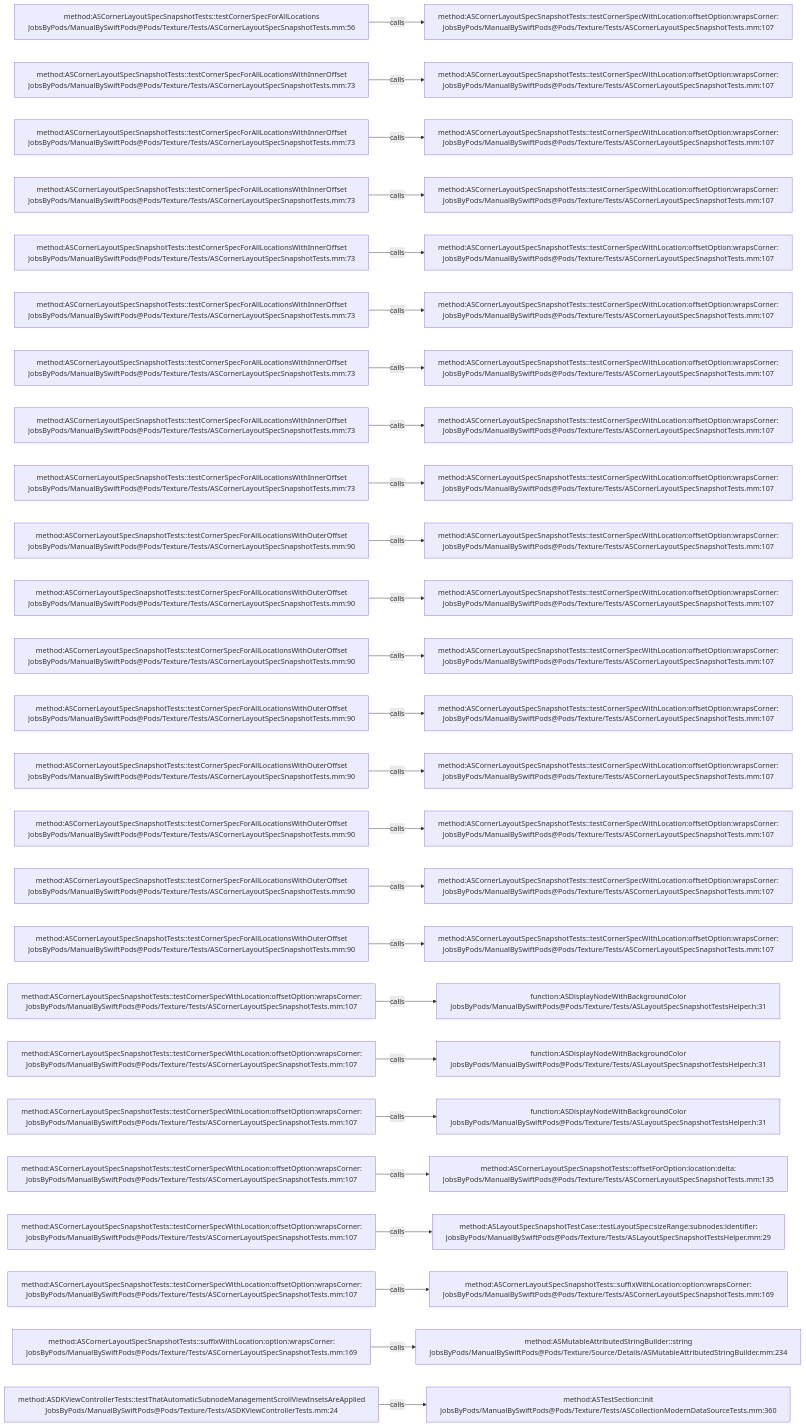
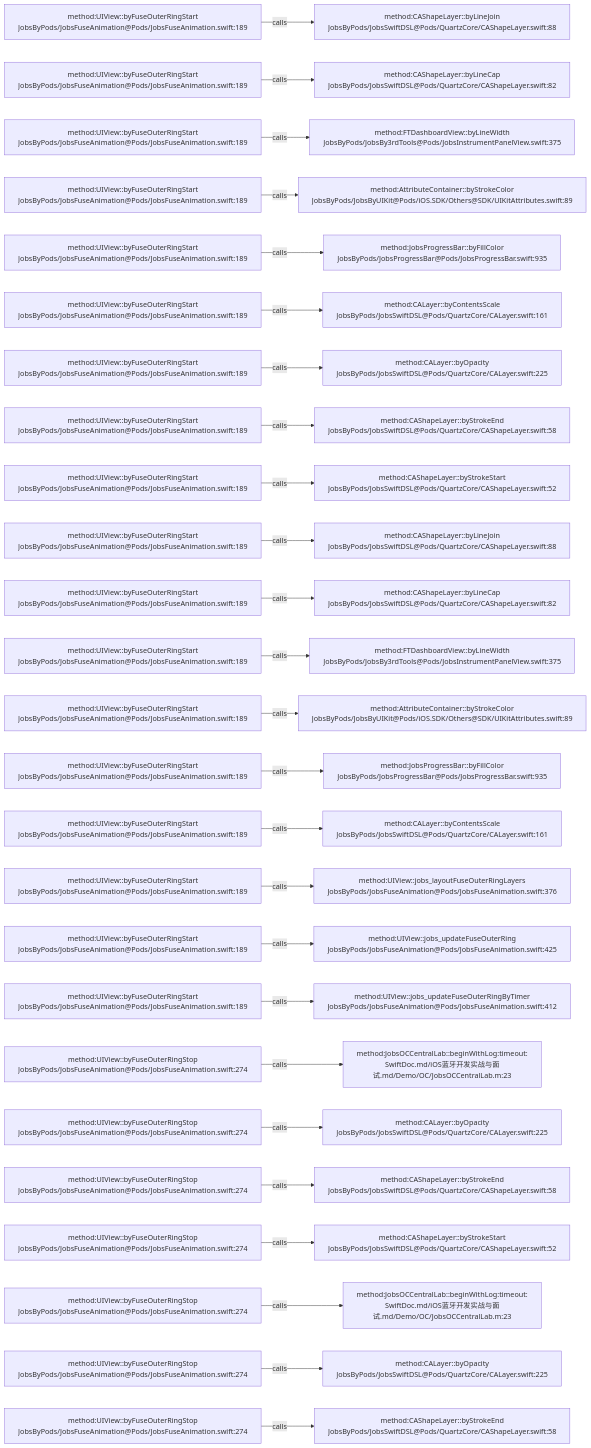
The diagram in .codegraph/codegraph.md/graphs/calls-177.md (JobsKits/JobsSwiftBaseConfigDemo), drawn with Mermaid before and after one commit. The commit also changed 224 other files, not shown here.

````diff
--- a/.codegraph/codegraph.md/graphs/calls-177.md
+++ b/.codegraph/codegraph.md/graphs/calls-177.md
@@ -13,78 +13,78 @@
 ```mermaid
 flowchart LR
-  S1["method:ASCornerLayoutSpecSnapshotTests::testCornerSpecForAllLocations<br/>JobsByPods/ManualBySwiftPods@Pods/Texture/Tests/ASCornerLayoutSpecSnapshotTests.mm:56"]
-  T1["method:ASCornerLayoutSpecSnapshotTests::testCornerSpecWithLocation:offsetOption:wrapsCorner:<br/>JobsByPods/ManualBySwiftPods@Pods/Texture/Tests/ASCornerLayoutSpecSnapshotTests.mm:107"]
+  S1["method:UIView::byFuseOuterRingStart<br/>JobsByPods/JobsFuseAnimation@Pods/JobsFuseAnimation.swift:189"]
+  T1["method:CAShapeLayer::byLineJoin<br/>JobsByPods/JobsSwiftDSL@Pods/QuartzCore/CAShapeLayer.swift:88"]
   S1 -->|calls| T1
-  S2["method:ASCornerLayoutSpecSnapshotTests::testCornerSpecForAllLocationsWithInnerOffset<br/>JobsByPods/ManualBySwiftPods@Pods/Texture/Tests/ASCornerLayoutSpecSnapshotTests.mm:73"]
-  T2["method:ASCornerLayoutSpecSnapshotTests::testCornerSpecWithLocation:offsetOption:wrapsCorner:<br/>JobsByPods/ManualBySwiftPods@Pods/Texture/Tests/ASCornerLayoutSpecSnapshotTests.mm:107"]
+  S2["method:UIView::byFuseOuterRingStart<br/>JobsByPods/JobsFuseAnimation@Pods/JobsFuseAnimation.swift:189"]
+  T2["method:CAShapeLayer::byLineCap<br/>JobsByPods/JobsSwiftDSL@Pods/QuartzCore/CAShapeLayer.swift:82"]
   S2 -->|calls| T2
-  S3["method:ASCornerLayoutSpecSnapshotTests::testCornerSpecForAllLocationsWithInnerOffset<br/>JobsByPods/ManualBySwiftPods@Pods/Texture/Tests/ASCornerLayoutSpecSnapshotTests.mm:73"]
-  T3["method:ASCornerLayoutSpecSnapshotTests::testCornerSpecWithLocation:offsetOption:wrapsCorner:<br/>JobsByPods/ManualBySwiftPods@Pods/Texture/Tests/ASCornerLayoutSpecSnapshotTests.mm:107"]
+  S3["method:UIView::byFuseOuterRingStart<br/>JobsByPods/JobsFuseAnimation@Pods/JobsFuseAnimation.swift:189"]
+  T3["method:FTDashboardView::byLineWidth<br/>JobsByPods/JobsBy3rdTools@Pods/JobsInstrumentPanelView.swift:375"]
   S3 -->|calls| T3
-  S4["method:ASCornerLayoutSpecSnapshotTests::testCornerSpecForAllLocationsWithInnerOffset<br/>JobsByPods/ManualBySwiftPods@Pods/Texture/Tests/ASCornerLayoutSpecSnapshotTests.mm:73"]
-  T4["method:ASCornerLayoutSpecSnapshotTests::testCornerSpecWithLocation:offsetOption:wrapsCorner:<br/>JobsByPods/ManualBySwiftPods@Pods/Texture/Tests/ASCornerLayoutSpecSnapshotTests.mm:107"]
+  S4["method:UIView::byFuseOuterRingStart<br/>JobsByPods/JobsFuseAnimation@Pods/JobsFuseAnimation.swift:189"]
+  T4["method:AttributeContainer::byStrokeColor<br/>JobsByPods/JobsByUIKit@Pods/iOS.SDK/Others@SDK/UIKitAttributes.swift:89"]
   S4 -->|calls| T4
-  S5["method:ASCornerLayoutSpecSnapshotTests::testCornerSpecForAllLocationsWithInnerOffset<br/>JobsByPods/ManualBySwiftPods@Pods/Texture/Tests/ASCornerLayoutSpecSnapshotTests.mm:73"]
-  T5["method:ASCornerLayoutSpecSnapshotTests::testCornerSpecWithLocation:offsetOption:wrapsCorner:<br/>JobsByPods/ManualBySwiftPods@Pods/Texture/Tests/ASCornerLayoutSpecSnapshotTests.mm:107"]
+  S5["method:UIView::byFuseOuterRingStart<br/>JobsByPods/JobsFuseAnimation@Pods/JobsFuseAnimation.swift:189"]
+  T5["method:JobsProgressBar::byFillColor<br/>JobsByPods/JobsProgressBar@Pods/JobsProgressBar.swift:935"]
   S5 -->|calls| T5
-  S6["method:ASCornerLayoutSpecSnapshotTests::testCornerSpecForAllLocationsWithInnerOffset<br/>JobsByPods/ManualBySwiftPods@Pods/Texture/Tests/ASCornerLayoutSpecSnapshotTests.mm:73"]
-  T6["method:ASCornerLayoutSpecSnapshotTests::testCornerSpecWithLocation:offsetOption:wrapsCorner:<br/>JobsByPods/ManualBySwiftPods@Pods/Texture/Tests/ASCornerLayoutSpecSnapshotTests.mm:107"]
+  S6["method:UIView::byFuseOuterRingStart<br/>JobsByPods/JobsFuseAnimation@Pods/JobsFuseAnimation.swift:189"]
+  T6["method:CALayer::byContentsScale<br/>JobsByPods/JobsSwiftDSL@Pods/QuartzCore/CALayer.swift:161"]
   S6 -->|calls| T6
-  S7["method:ASCornerLayoutSpecSnapshotTests::testCornerSpecForAllLocationsWithInnerOffset<br/>JobsByPods/ManualBySwiftPods@Pods/Texture/Tests/ASCornerLayoutSpecSnapshotTests.mm:73"]
-  T7["method:ASCornerLayoutSpecSnapshotTests::testCornerSpecWithLocation:offsetOption:wrapsCorner:<br/>JobsByPods/ManualBySwiftPods@Pods/Texture/Tests/ASCornerLayoutSpecSnapshotTests.mm:107"]
+  S7["method:UIView::byFuseOuterRingStart<br/>JobsByPods/JobsFuseAnimation@Pods/JobsFuseAnimation.swift:189"]
+  T7["method:CALayer::byOpacity<br/>JobsByPods/JobsSwiftDSL@Pods/QuartzCore/CALayer.swift:225"]
   S7 -->|calls| T7
-  S8["method:ASCornerLayoutSpecSnapshotTests::testCornerSpecForAllLocationsWithInnerOffset<br/>JobsByPods/ManualBySwiftPods@Pods/Texture/Tests/ASCornerLayoutSpecSnapshotTests.mm:73"]
-  T8["method:ASCornerLayoutSpecSnapshotTests::testCornerSpecWithLocation:offsetOption:wrapsCorner:<br/>JobsByPods/ManualBySwiftPods@Pods/Texture/Tests/ASCornerLayoutSpecSnapshotTests.mm:107"]
+  S8["method:UIView::byFuseOuterRingStart<br/>JobsByPods/JobsFuseAnimation@Pods/JobsFuseAnimation.swift:189"]
+  T8["method:CAShapeLayer::byStrokeEnd<br/>JobsByPods/JobsSwiftDSL@Pods/QuartzCore/CAShapeLayer.swift:58"]
   S8 -->|calls| T8
-  S9["method:ASCornerLayoutSpecSnapshotTests::testCornerSpecForAllLocationsWithInnerOffset<br/>JobsByPods/ManualBySwiftPods@Pods/Texture/Tests/ASCornerLayoutSpecSnapshotTests.mm:73"]
-  T9["method:ASCornerLayoutSpecSnapshotTests::testCornerSpecWithLocation:offsetOption:wrapsCorner:<br/>JobsByPods/ManualBySwiftPods@Pods/Texture/Tests/ASCornerLayoutSpecSnapshotTests.mm:107"]
+  S9["method:UIView::byFuseOuterRingStart<br/>JobsByPods/JobsFuseAnimation@Pods/JobsFuseAnimation.swift:189"]
+  T9["method:CAShapeLayer::byStrokeStart<br/>JobsByPods/JobsSwiftDSL@Pods/QuartzCore/CAShapeLayer.swift:52"]
   S9 -->|calls| T9
-  S10["method:ASCornerLayoutSpecSnapshotTests::testCornerSpecForAllLocationsWithOuterOffset<br/>JobsByPods/ManualBySwiftPods@Pods/Texture/Tests/ASCornerLayoutSpecSnapshotTests.mm:90"]
-  T10["method:ASCornerLayoutSpecSnapshotTests::testCornerSpecWithLocation:offsetOption:wrapsCorner:<br/>JobsByPods/ManualBySwiftPods@Pods/Texture/Tests/ASCornerLayoutSpecSnapshotTests.mm:107"]
+  S10["method:UIView::byFuseOuterRingStart<br/>JobsByPods/JobsFuseAnimation@Pods/JobsFuseAnimation.swift:189"]
+  T10["method:CAShapeLayer::byLineJoin<br/>JobsByPods/JobsSwiftDSL@Pods/QuartzCore/CAShapeLayer.swift:88"]
   S10 -->|calls| T10
-  S11["method:ASCornerLayoutSpecSnapshotTests::testCornerSpecForAllLocationsWithOuterOffset<br/>JobsByPods/ManualBySwiftPods@Pods/Texture/Tests/ASCornerLayoutSpecSnapshotTests.mm:90"]
-  T11["method:ASCornerLayoutSpecSnapshotTests::testCornerSpecWithLocation:offsetOption:wrapsCorner:<br/>JobsByPods/ManualBySwiftPods@Pods/Texture/Tests/ASCornerLayoutSpecSnapshotTests.mm:107"]
+  S11["method:UIView::byFuseOuterRingStart<br/>JobsByPods/JobsFuseAnimation@Pods/JobsFuseAnimation.swift:189"]
+  T11["method:CAShapeLayer::byLineCap<br/>JobsByPods/JobsSwiftDSL@Pods/QuartzCore/CAShapeLayer.swift:82"]
   S11 -->|calls| T11
-  S12["method:ASCornerLayoutSpecSnapshotTests::testCornerSpecForAllLocationsWithOuterOffset<br/>JobsByPods/ManualBySwiftPods@Pods/Texture/Tests/ASCornerLayoutSpecSnapshotTests.mm:90"]
-  T12["method:ASCornerLayoutSpecSnapshotTests::testCornerSpecWithLocation:offsetOption:wrapsCorner:<br/>JobsByPods/ManualBySwiftPods@Pods/Texture/Tests/ASCornerLayoutSpecSnapshotTests.mm:107"]
+  S12["method:UIView::byFuseOuterRingStart<br/>JobsByPods/JobsFuseAnimation@Pods/JobsFuseAnimation.swift:189"]
+  T12["method:FTDashboardView::byLineWidth<br/>JobsByPods/JobsBy3rdTools@Pods/JobsInstrumentPanelView.swift:375"]
   S12 -->|calls| T12
-  S13["method:ASCornerLayoutSpecSnapshotTests::testCornerSpecForAllLocationsWithOuterOffset<br/>JobsByPods/ManualBySwiftPods@Pods/Texture/Tests/ASCornerLayoutSpecSnapshotTests.mm:90"]
-  T13["method:ASCornerLayoutSpecSnapshotTests::testCornerSpecWithLocation:offsetOption:wrapsCorner:<br/>JobsByPods/ManualBySwiftPods@Pods/Texture/Tests/ASCornerLayoutSpecSnapshotTests.mm:107"]
+  S13["method:UIView::byFuseOuterRingStart<br/>JobsByPods/JobsFuseAnimation@Pods/JobsFuseAnimation.swift:189"]
+  T13["method:AttributeContainer::byStrokeColor<br/>JobsByPods/JobsByUIKit@Pods/iOS.SDK/Others@SDK/UIKitAttributes.swift:89"]
   S13 -->|calls| T13
-  S14["method:ASCornerLayoutSpecSnapshotTests::testCornerSpecForAllLocationsWithOuterOffset<br/>JobsByPods/ManualBySwiftPods@Pods/Texture/Tests/ASCornerLayoutSpecSnapshotTests.mm:90"]
-  T14["method:ASCornerLayoutSpecSnapshotTests::testCornerSpecWithLocation:offsetOption:wrapsCorner:<br/>JobsByPods/ManualBySwiftPods@Pods/Texture/Tests/ASCornerLayoutSpecSnapshotTests.mm:107"]
+  S14["method:UIView::byFuseOuterRingStart<br/>JobsByPods/JobsFuseAnimation@Pods/JobsFuseAnimation.swift:189"]
+  T14["method:JobsProgressBar::byFillColor<br/>JobsByPods/JobsProgressBar@Pods/JobsProgressBar.swift:935"]
   S14 -->|calls| T14
-  S15["method:ASCornerLayoutSpecSnapshotTests::testCornerSpecForAllLocationsWithOuterOffset<br/>JobsByPods/ManualBySwiftPods@Pods/Texture/Tests/ASCornerLayoutSpecSnapshotTests.mm:90"]
-  T15["method:ASCornerLayoutSpecSnapshotTests::testCornerSpecWithLocation:offsetOption:wrapsCorner:<br/>JobsByPods/ManualBySwiftPods@Pods/Texture/Tests/ASCornerLayoutSpecSnapshotTests.mm:107"]
+  S15["method:UIView::byFuseOuterRingStart<br/>JobsByPods/JobsFuseAnimation@Pods/JobsFuseAnimation.swift:189"]
+  T15["method:CALayer::byContentsScale<br/>JobsByPods/JobsSwiftDSL@Pods/QuartzCore/CALayer.swift:161"]
   S15 -->|calls| T15
-  S16["method:ASCornerLayoutSpecSnapshotTests::testCornerSpecForAllLocationsWithOuterOffset<br/>JobsByPods/ManualBySwiftPods@Pods/Texture/Tests/ASCornerLayoutSpecSnapshotTests.mm:90"]
-  T16["method:ASCornerLayoutSpecSnapshotTests::testCornerSpecWithLocation:offsetOption:wrapsCorner:<br/>JobsByPods/ManualBySwiftPods@Pods/Texture/Tests/ASCornerLayoutSpecSnapshotTests.mm:107"]
+  S16["method:UIView::byFuseOuterRingStart<br/>JobsByPods/JobsFuseAnimation@Pods/JobsFuseAnimation.swift:189"]
+  T16["method:UIView::jobs_layoutFuseOuterRingLayers<br/>JobsByPods/JobsFuseAnimation@Pods/JobsFuseAnimation.swift:376"]
   S16 -->|calls| T16
-  S17["method:ASCornerLayoutSpecSnapshotTests::testCornerSpecForAllLocationsWithOuterOffset<br/>JobsByPods/ManualBySwiftPods@Pods/Texture/Tests/ASCornerLayoutSpecSnapshotTests.mm:90"]
-  T17["method:ASCornerLayoutSpecSnapshotTests::testCornerSpecWithLocation:offsetOption:wrapsCorner:<br/>JobsByPods/ManualBySwiftPods@Pods/Texture/Tests/ASCornerLayoutSpecSnapshotTests.mm:107"]
+  S17["method:UIView::byFuseOuterRingStart<br/>JobsByPods/JobsFuseAnimation@Pods/JobsFuseAnimation.swift:189"]
+  T17["method:UIView::jobs_updateFuseOuterRing<br/>JobsByPods/JobsFuseAnimation@Pods/JobsFuseAnimation.swift:425"]
   S17 -->|calls| T17
-  S18["method:ASCornerLayoutSpecSnapshotTests::testCornerSpecWithLocation:offsetOption:wrapsCorner:<br/>JobsByPods/ManualBySwiftPods@Pods/Texture/Tests/ASCornerLayoutSpecSnapshotTests.mm:107"]
-  T18["function:ASDisplayNodeWithBackgroundColor<br/>JobsByPods/ManualBySwiftPods@Pods/Texture/Tests/ASLayoutSpecSnapshotTestsHelper.h:31"]
+  S18["method:UIView::byFuseOuterRingStart<br/>JobsByPods/JobsFuseAnimation@Pods/JobsFuseAnimation.swift:189"]
+  T18["method:UIView::jobs_updateFuseOuterRingByTimer<br/>JobsByPods/JobsFuseAnimation@Pods/JobsFuseAnimation.swift:412"]
   S18 -->|calls| T18
-  S19["method:ASCornerLayoutSpecSnapshotTests::testCornerSpecWithLocation:offsetOption:wrapsCorner:<br/>JobsByPods/ManualBySwiftPods@Pods/Texture/Tests/ASCornerLayoutSpecSnapshotTests.mm:107"]
-  T19["function:ASDisplayNodeWithBackgroundColor<br/>JobsByPods/ManualBySwiftPods@Pods/Texture/Tests/ASLayoutSpecSnapshotTestsHelper.h:31"]
+  S19["method:UIView::byFuseOuterRingStop<br/>JobsByPods/JobsFuseAnimation@Pods/JobsFuseAnimation.swift:274"]
+  T19["method:JobsOCCentralLab::beginWithLog:timeout:<br/>SwiftDoc.md/iOS蓝牙开发实战与面试.md/Demo/OC/JobsOCCentralLab.m:23"]
   S19 -->|calls| T19
-  S20["method:ASCornerLayoutSpecSnapshotTests::testCornerSpecWithLocation:offsetOption:wrapsCorner:<br/>JobsByPods/ManualBySwiftPods@Pods/Texture/Tests/ASCornerLayoutSpecSnapshotTests.mm:107"]
-  T20["function:ASDisplayNodeWithBackgroundColor<br/>JobsByPods/ManualBySwiftPods@Pods/Texture/Tests/ASLayoutSpecSnapshotTestsHelper.h:31"]
+  S20["method:UIView::byFuseOuterRingStop<br/>JobsByPods/JobsFuseAnimation@Pods/JobsFuseAnimation.swift:274"]
+  T20["method:CALayer::byOpacity<br/>JobsByPods/JobsSwiftDSL@Pods/QuartzCore/CALayer.swift:225"]
   S20 -->|calls| T20
-  S21["method:ASCornerLayoutSpecSnapshotTests::testCornerSpecWithLocation:offsetOption:wrapsCorner:<br/>JobsByPods/ManualBySwiftPods@Pods/Texture/Tests/ASCornerLayoutSpecSnapshotTests.mm:107"]
-  T21["method:ASCornerLayoutSpecSnapshotTests::offsetForOption:location:delta:<br/>JobsByPods/ManualBySwiftPods@Pods/Texture/Tests/ASCornerLayoutSpecSnapshotTests.mm:135"]
+  S21["method:UIView::byFuseOuterRingStop<br/>JobsByPods/JobsFuseAnimation@Pods/JobsFuseAnimation.swift:274"]
+  T21["method:CAShapeLayer::byStrokeEnd<br/>JobsByPods/JobsSwiftDSL@Pods/QuartzCore/CAShapeLayer.swift:58"]
   S21 -->|calls| T21
-  S22["method:ASCornerLayoutSpecSnapshotTests::testCornerSpecWithLocation:offsetOption:wrapsCorner:<br/>JobsByPods/ManualBySwiftPods@Pods/Texture/Tests/ASCornerLayoutSpecSnapshotTests.mm:107"]
-  T22["method:ASLayoutSpecSnapshotTestCase::testLayoutSpec:sizeRange:subnodes:identifier:<br/>JobsByPods/ManualBySwiftPods@Pods/Texture/Tests/ASLayoutSpecSnapshotTestsHelper.mm:29"]
+  S22["method:UIView::byFuseOuterRingStop<br/>JobsByPods/JobsFuseAnimation@Pods/JobsFuseAnimation.swift:274"]
+  T22["method:CAShapeLayer::byStrokeStart<br/>JobsByPods/JobsSwiftDSL@Pods/QuartzCore/CAShapeLayer.swift:52"]
   S22 -->|calls| T22
-  S23["method:ASCornerLayoutSpecSnapshotTests::testCornerSpecWithLocation:offsetOption:wrapsCorner:<br/>JobsByPods/ManualBySwiftPods@Pods/Texture/Tests/ASCornerLayoutSpecSnapshotTests.mm:107"]
-  T23["method:ASCornerLayoutSpecSnapshotTests::suffixWithLocation:option:wrapsCorner:<br/>JobsByPods/ManualBySwiftPods@Pods/Texture/Tests/ASCornerLayoutSpecSnapshotTests.mm:169"]
+  S23["method:UIView::byFuseOuterRingStop<br/>JobsByPods/JobsFuseAnimation@Pods/JobsFuseAnimation.swift:274"]
+  T23["method:JobsOCCentralLab::beginWithLog:timeout:<br/>SwiftDoc.md/iOS蓝牙开发实战与面试.md/Demo/OC/JobsOCCentralLab.m:23"]
   S23 -->|calls| T23
-  S24["method:ASCornerLayoutSpecSnapshotTests::suffixWithLocation:option:wrapsCorner:<br/>JobsByPods/ManualBySwiftPods@Pods/Texture/Tests/ASCornerLayoutSpecSnapshotTests.mm:169"]
-  T24["method:ASMutableAttributedStringBuilder::string<br/>JobsByPods/ManualBySwiftPods@Pods/Texture/Source/Details/ASMutableAttributedStringBuilder.mm:234"]
+  S24["method:UIView::byFuseOuterRingStop<br/>JobsByPods/JobsFuseAnimation@Pods/JobsFuseAnimation.swift:274"]
+  T24["method:CALayer::byOpacity<br/>JobsByPods/JobsSwiftDSL@Pods/QuartzCore/CALayer.swift:225"]
   S24 -->|calls| T24
-  S25["method:ASDKViewControllerTests::testThatAutomaticSubnodeManagementScrollViewInsetsAreApplied<br/>JobsByPods/ManualBySwiftPods@Pods/Texture/Tests/ASDKViewControllerTests.mm:24"]
-  T25["method:ASTestSection::init<br/>JobsByPods/ManualBySwiftPods@Pods/Texture/Tests/ASCollectionModernDataSourceTests.mm:360"]
+  S25["method:UIView::byFuseOuterRingStop<br/>JobsByPods/JobsFuseAnimation@Pods/JobsFuseAnimation.swift:274"]
+  T25["method:CAShapeLayer::byStrokeEnd<br/>JobsByPods/JobsSwiftDSL@Pods/QuartzCore/CAShapeLayer.swift:58"]
   S25 -->|calls| T25
 ```
````
